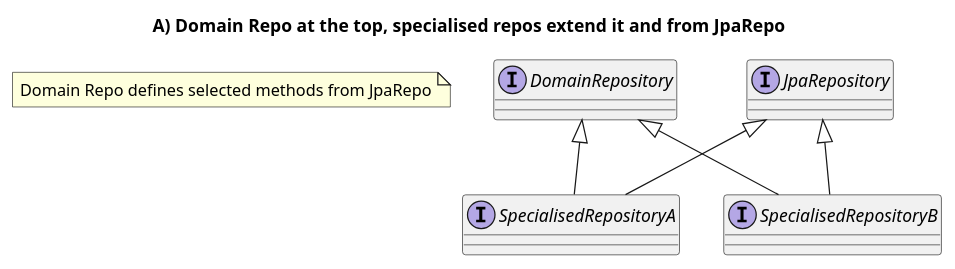
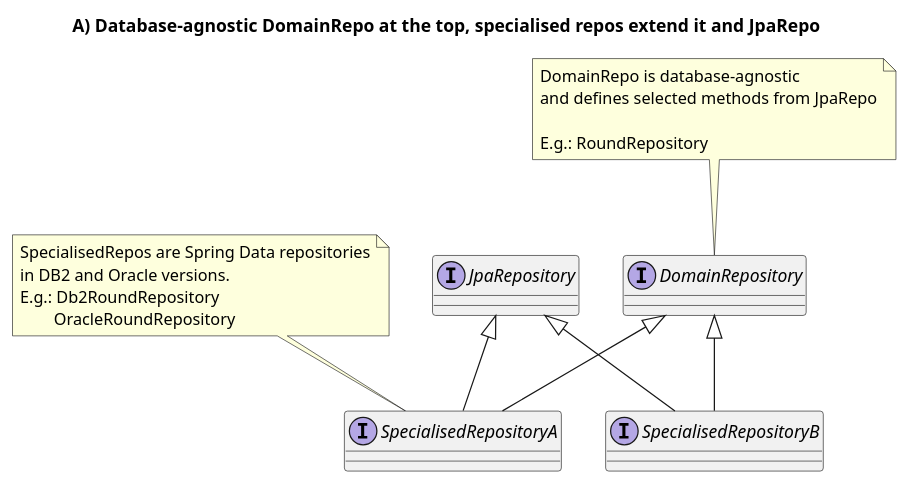
Before and after one commit to ziemsky/spring-data-sandbox: the first of 3 diagrams in doc/spring_data_repo_interfaces_inheritance.puml, drawn with PlantUML. The commit also changed 13 other files, not shown here.

```diff
--- a/doc/spring_data_repo_interfaces_inheritance.puml
+++ b/doc/spring_data_repo_interfaces_inheritance.puml
@@ -1,21 +1,33 @@
 @startuml
 
-title A) Domain Repo at the top, specialised repos extend it and from JpaRepo
+title A) Database-agnostic DomainRepo at the top, specialised repos extend it and JpaRepo
 
 note as noteA
-    Domain Repo defines selected methods from JpaRepo
+    DomainRepo is database-agnostic
+    and defines selected methods from JpaRepo
+
+    E.g.: RoundRepository
+end note
+
+note as noteB
+    SpecialisedRepos are Spring Data repositories
+    in DB2 and Oracle versions.
+    E.g.: Db2RoundRepository
+            OracleRoundRepository
 end note
 
 interface DomainRepository
 interface SpecialisedRepositoryA
 interface SpecialisedRepositoryB
 interface JpaRepository
 
+noteA .. DomainRepository
+noteB .. SpecialisedRepositoryA
 
 DomainRepository <|-- SpecialisedRepositoryA
 DomainRepository <|-- SpecialisedRepositoryB
 
 JpaRepository <|-- SpecialisedRepositoryA
 JpaRepository <|-- SpecialisedRepositoryB
 
 @enduml
```
